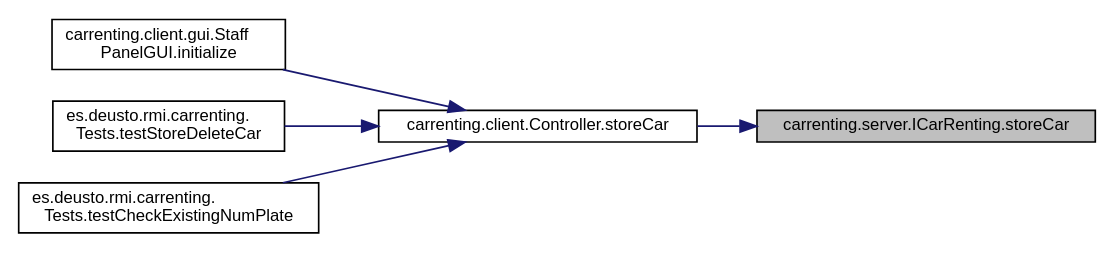
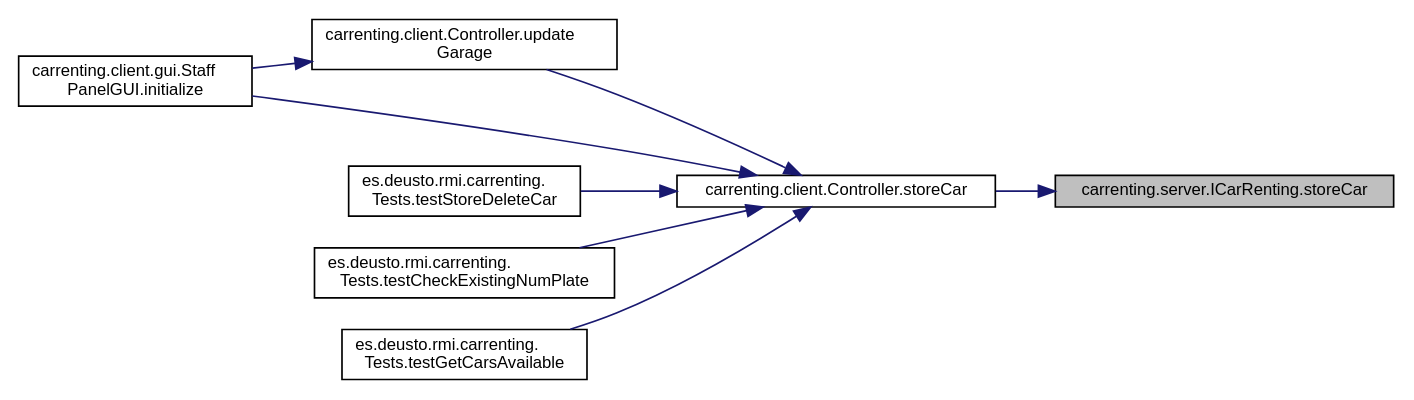
The diagram in docs/interfacecarrenting_1_1server_1_1_i_car_renting_a45afd537059a13920f8ed9f91865b871_icgraph.dot (BSPQ18-19/BSPQ19-E4), drawn with Graphviz before and after one commit. The commit also changed 407 other files, not shown here.

```diff
--- a/docs/interfacecarrenting_1_1server_1_1_i_car_renting_a45afd537059a13920f8ed9f91865b871_icgraph.dot
+++ b/docs/interfacecarrenting_1_1server_1_1_i_car_renting_a45afd537059a13920f8ed9f91865b871_icgraph.dot
@@ -1,16 +1,21 @@
 digraph "carrenting.server.ICarRenting.storeCar"
 {
  // LATEX_PDF_SIZE
   edge [fontname="Helvetica",fontsize="10",labelfontname="Helvetica",labelfontsize="10"];
   node [fontname="Helvetica",fontsize="10",shape=record];
   rankdir="RL";
-  Node70 [label="carrenting.server.ICarRenting.storeCar",height=0.2,width=0.4,color="black", fillcolor="grey75", style="filled", fontcolor="black",tooltip=" "];
-  Node70 -> Node71 [dir="back",color="midnightblue",fontsize="10",style="solid",fontname="Helvetica"];
-  Node71 [label="carrenting.client.Controller.storeCar",height=0.2,width=0.4,color="black", fillcolor="white", style="filled",URL="$classcarrenting_1_1client_1_1_controller.html#a267c24a1a13732839f548cddfe640f09",tooltip=" "];
-  Node71 -> Node72 [dir="back",color="midnightblue",fontsize="10",style="solid",fontname="Helvetica"];
-  Node72 [label="carrenting.client.gui.Staff\lPanelGUI.initialize",height=0.2,width=0.4,color="black", fillcolor="white", style="filled",URL="$classcarrenting_1_1client_1_1gui_1_1_staff_panel_g_u_i.html#aa2e22ff26b5539e2f2b4fdaf3e948802",tooltip=" "];
-  Node71 -> Node73 [dir="back",color="midnightblue",fontsize="10",style="solid",fontname="Helvetica"];
-  Node73 [label="es.deusto.rmi.carrenting.\lTests.testStoreDeleteCar",height=0.2,width=0.4,color="black", fillcolor="white", style="filled",URL="$classes_1_1deusto_1_1rmi_1_1carrenting_1_1_tests.html#af8829dcf722f17efca1d53345b5a049a",tooltip=" "];
-  Node71 -> Node74 [dir="back",color="midnightblue",fontsize="10",style="solid",fontname="Helvetica"];
-  Node74 [label="es.deusto.rmi.carrenting.\lTests.testCheckExistingNumPlate",height=0.2,width=0.4,color="black", fillcolor="white", style="filled",URL="$classes_1_1deusto_1_1rmi_1_1carrenting_1_1_tests.html#ab275c8fe4601f38f88adbe497c42fed2",tooltip=" "];
+  Node81 [label="carrenting.server.ICarRenting.storeCar",height=0.2,width=0.4,color="black", fillcolor="grey75", style="filled", fontcolor="black",tooltip=" "];
+  Node81 -> Node82 [dir="back",color="midnightblue",fontsize="10",style="solid",fontname="Helvetica"];
+  Node82 [label="carrenting.client.Controller.storeCar",height=0.2,width=0.4,color="black", fillcolor="white", style="filled",URL="$classcarrenting_1_1client_1_1_controller.html#a267c24a1a13732839f548cddfe640f09",tooltip=" "];
+  Node82 -> Node83 [dir="back",color="midnightblue",fontsize="10",style="solid",fontname="Helvetica"];
+  Node83 [label="carrenting.client.Controller.update\lGarage",height=0.2,width=0.4,color="black", fillcolor="white", style="filled",URL="$classcarrenting_1_1client_1_1_controller.html#a40569127cc047d411d09df3c16a87f28",tooltip=" "];
+  Node83 -> Node84 [dir="back",color="midnightblue",fontsize="10",style="solid",fontname="Helvetica"];
+  Node84 [label="carrenting.client.gui.Staff\lPanelGUI.initialize",height=0.2,width=0.4,color="black", fillcolor="white", style="filled",URL="$classcarrenting_1_1client_1_1gui_1_1_staff_panel_g_u_i.html#aa2e22ff26b5539e2f2b4fdaf3e948802",tooltip=" "];
+  Node82 -> Node84 [dir="back",color="midnightblue",fontsize="10",style="solid",fontname="Helvetica"];
+  Node82 -> Node85 [dir="back",color="midnightblue",fontsize="10",style="solid",fontname="Helvetica"];
+  Node85 [label="es.deusto.rmi.carrenting.\lTests.testStoreDeleteCar",height=0.2,width=0.4,color="black", fillcolor="white", style="filled",URL="$classes_1_1deusto_1_1rmi_1_1carrenting_1_1_tests.html#af8829dcf722f17efca1d53345b5a049a",tooltip=" "];
+  Node82 -> Node86 [dir="back",color="midnightblue",fontsize="10",style="solid",fontname="Helvetica"];
+  Node86 [label="es.deusto.rmi.carrenting.\lTests.testCheckExistingNumPlate",height=0.2,width=0.4,color="black", fillcolor="white", style="filled",URL="$classes_1_1deusto_1_1rmi_1_1carrenting_1_1_tests.html#ab275c8fe4601f38f88adbe497c42fed2",tooltip=" "];
+  Node82 -> Node87 [dir="back",color="midnightblue",fontsize="10",style="solid",fontname="Helvetica"];
+  Node87 [label="es.deusto.rmi.carrenting.\lTests.testGetCarsAvailable",height=0.2,width=0.4,color="black", fillcolor="white", style="filled",URL="$classes_1_1deusto_1_1rmi_1_1carrenting_1_1_tests.html#aa4631347bcb59d58fb296b10787feaa4",tooltip=" "];
 }
```
